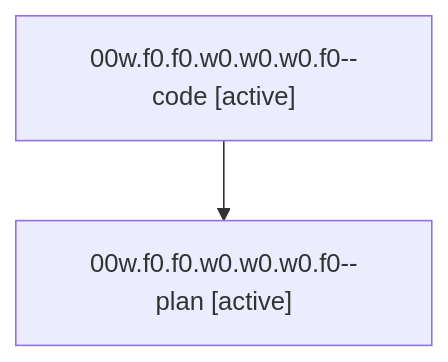
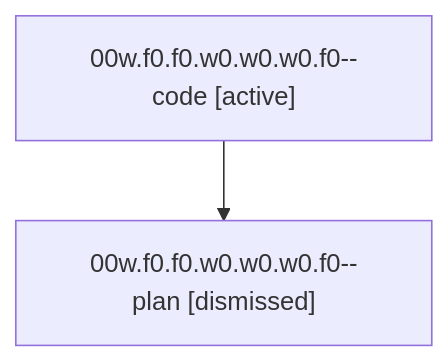
Before and after one commit to bobs-org/bob-cli--agents: the diagram in families/bbugyi200.athena.00w.f0.f0.w0.w0.w0.f0.md, drawn with Mermaid. The commit also changed other lines of this file and 265 other files, not shown here.

````diff
--- a/families/bbugyi200.athena.00w.f0.f0.w0.w0.w0.f0.md
+++ b/families/bbugyi200.athena.00w.f0.f0.w0.w0.w0.f0.md
@@ -9,6 +9,6 @@
 ```mermaid
 flowchart TD
   n0["00w.f0.f0.w0.w0.w0.f0--code [active]"]
-  n1["00w.f0.f0.w0.w0.w0.f0--plan [active]"]
+  n1["00w.f0.f0.w0.w0.w0.f0--plan [dismissed]"]
   n0 --> n1
 ```
````
